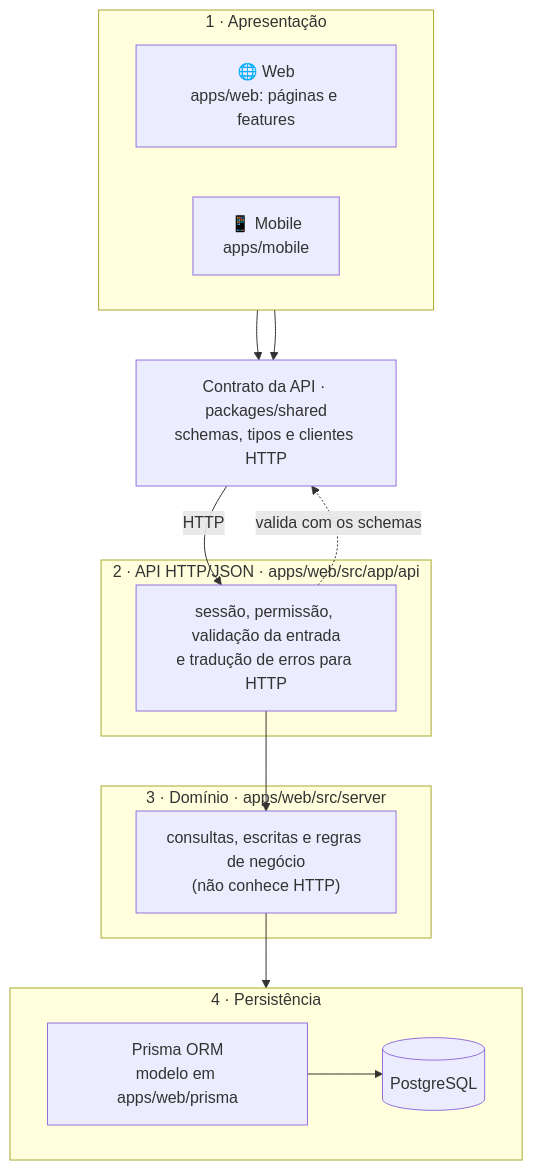
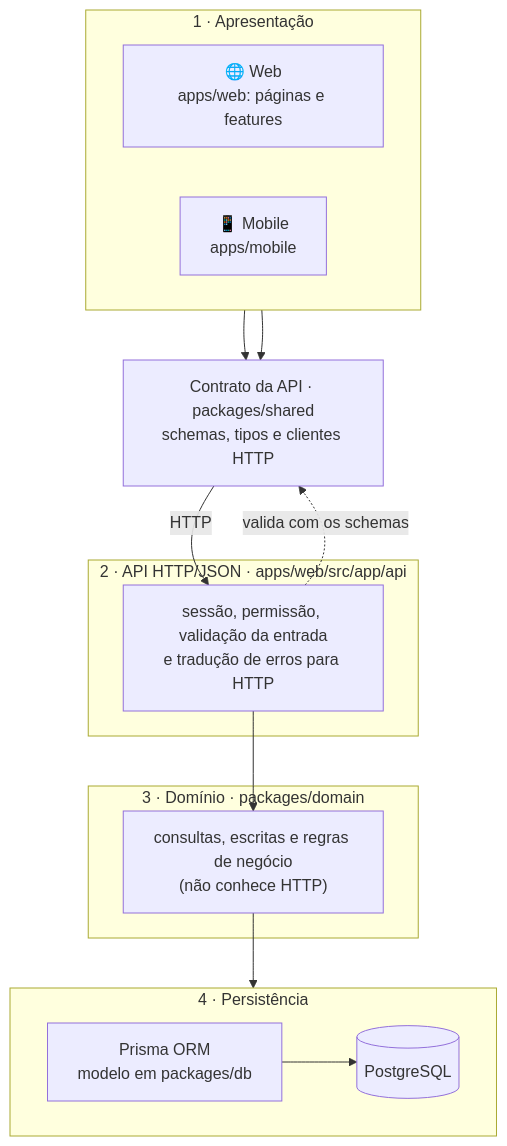
The first of 2 diagrams in docs/architecture.md (FelipeMzero/ifarm-preview), drawn with Mermaid before and after one commit. The commit also changed other lines of this file and 141 other files, not shown here.

Commit message:
Retirados prisma e regras de domínio do app-web. Prisma foi para packages/db e regras de domínio para packages/domain

````diff
--- a/docs/architecture.md
+++ b/docs/architecture.md
@@ -9,32 +9,32 @@
 ```mermaid
 flowchart TB
   subgraph L1["1 · Apresentação"]
     direction LR
     Web["🌐 Web<br/>apps/web: páginas e features"]
     App["📱 Mobile<br/>apps/mobile"]
   end
 
   Contract["Contrato da API · packages/shared<br/>schemas, tipos e clientes HTTP"]
 
   subgraph L2["2 · API HTTP/JSON · apps/web/src/app/api"]
     Api["sessão, permissão, validação da entrada<br/>e tradução de erros para HTTP"]
   end
 
-  subgraph L3["3 · Domínio · apps/web/src/server"]
+  subgraph L3["3 · Domínio · packages/domain"]
     Domain["consultas, escritas e regras de negócio<br/>(não conhece HTTP)"]
   end
 
   subgraph L4["4 · Persistência"]
     direction LR
-    Prisma["Prisma ORM<br/>modelo em apps/web/prisma"]
+    Prisma["Prisma ORM<br/>modelo em packages/db"]
     DB[("PostgreSQL")]
   end
 
   Web --> Contract
   App --> Contract
   Contract -- "HTTP" --> Api
   Api -. "valida com os schemas" .-> Contract
   Api --> Domain
   Domain --> Prisma
   Prisma --> DB
 ```
````
